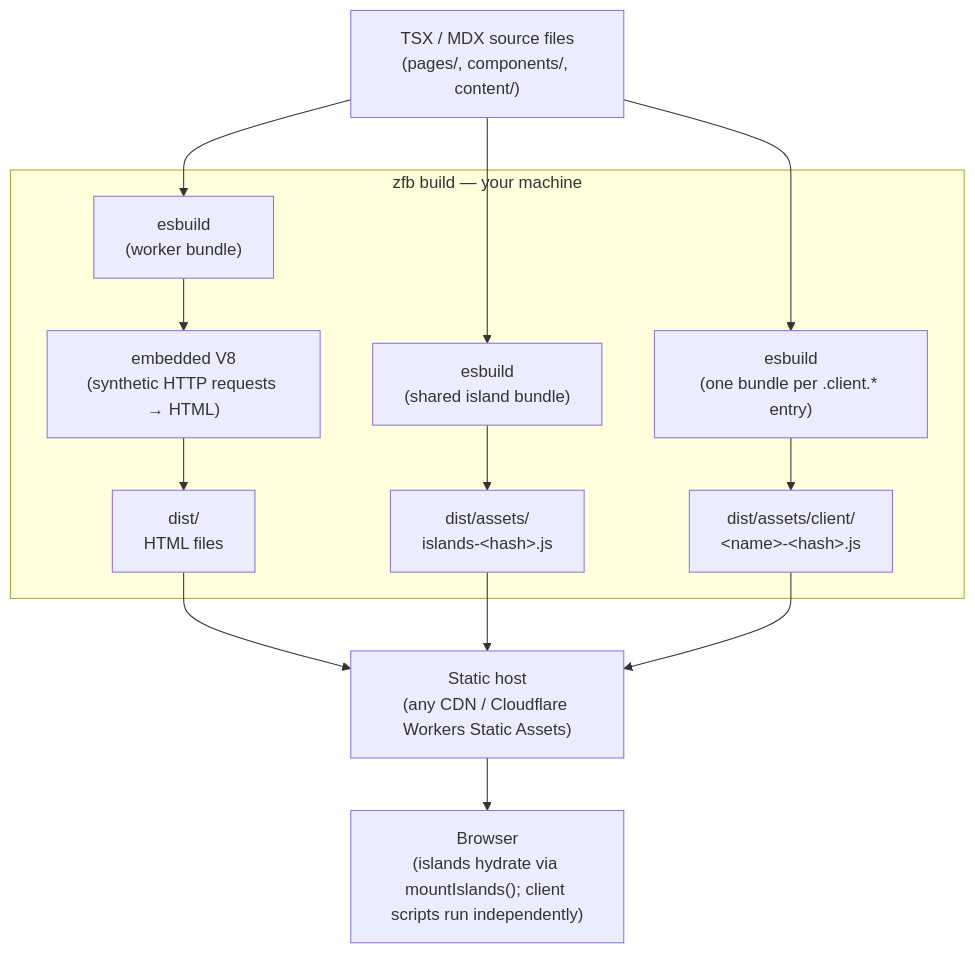
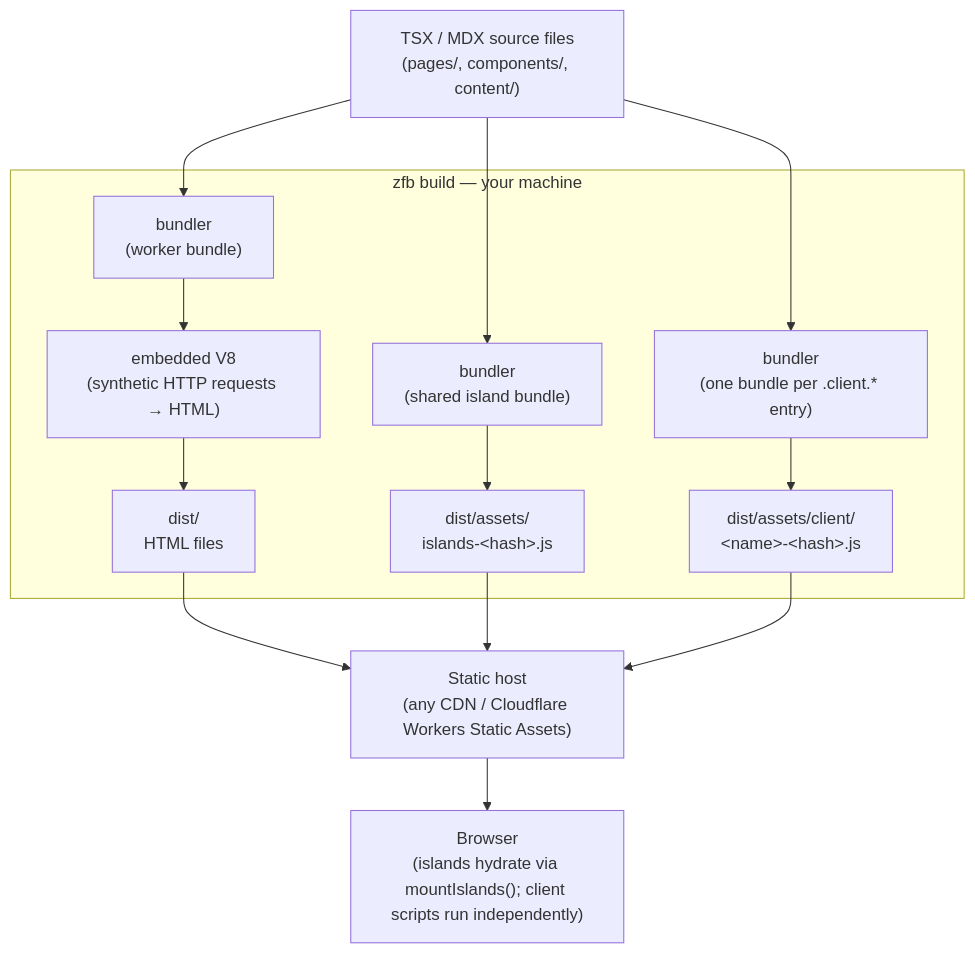
The diagram in docs/src/content/docs-ja/architecture/architecture-overview.mdx (Takazudo/zudo-front-builder), drawn with Mermaid before and after one commit. The commit also changed other lines of this file and 33 other files, not shown here.

Commit message:
docs: describe Rolldown as the default page and island bundler across the docs

````diff
--- a/docs/src/content/docs-ja/architecture/architecture-overview.mdx
+++ b/docs/src/content/docs-ja/architecture/architecture-overview.mdx
@@ -87,32 +87,32 @@
 ```mermaid
 flowchart TD
     src["TSX / MDX source files\n(pages/, components/, content/)"]
 
     subgraph build["zfb build — your machine"]
-        esbuild_worker["esbuild\n(worker bundle)"]
+        esbuild_worker["bundler\n(worker bundle)"]
         v8["embedded V8\n(synthetic HTTP requests → HTML)"]
-        esbuild_islands["esbuild\n(shared island bundle)"]
-        esbuild_client["esbuild\n(one bundle per .client.* entry)"]
+        esbuild_islands["bundler\n(shared island bundle)"]
+        esbuild_client["bundler\n(one bundle per .client.* entry)"]
         dist_html["dist/\nHTML files"]
         dist_js["dist/assets/\nislands-&lt;hash&gt;.js"]
         dist_client["dist/assets/client/\n&lt;name&gt;-&lt;hash&gt;.js"]
     end
 
     deploy["Static host\n(any CDN / Cloudflare Workers Static Assets)"]
     browser["Browser\n(islands hydrate via mountIslands(); client scripts run independently)"]
 
     src --> esbuild_worker
     esbuild_worker --> v8
     v8 --> dist_html
 
     src --> esbuild_islands
     esbuild_islands --> dist_js
 
     src --> esbuild_client
     esbuild_client --> dist_client
 
     dist_html --> deploy
     dist_js --> deploy
     dist_client --> deploy
     deploy --> browser
 ```
````
